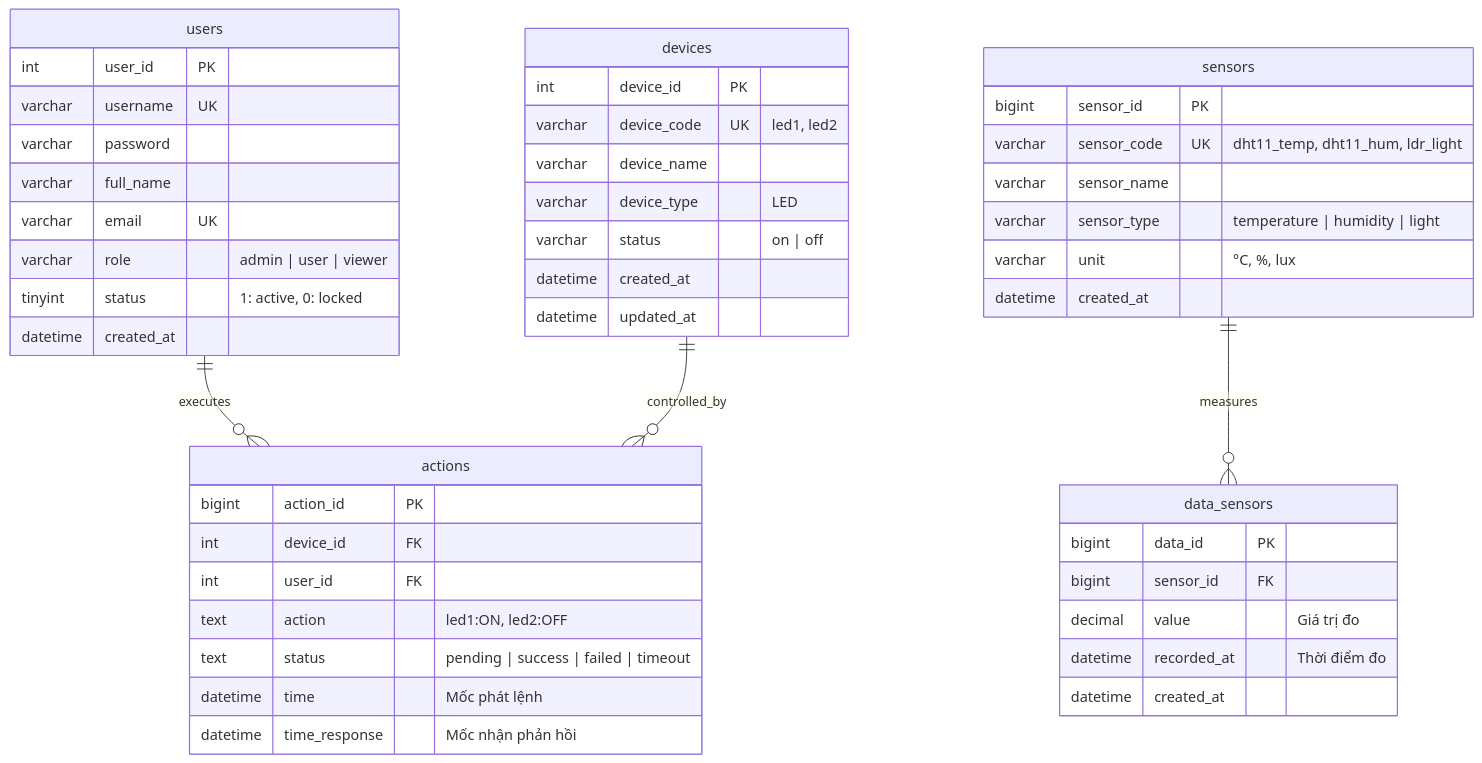
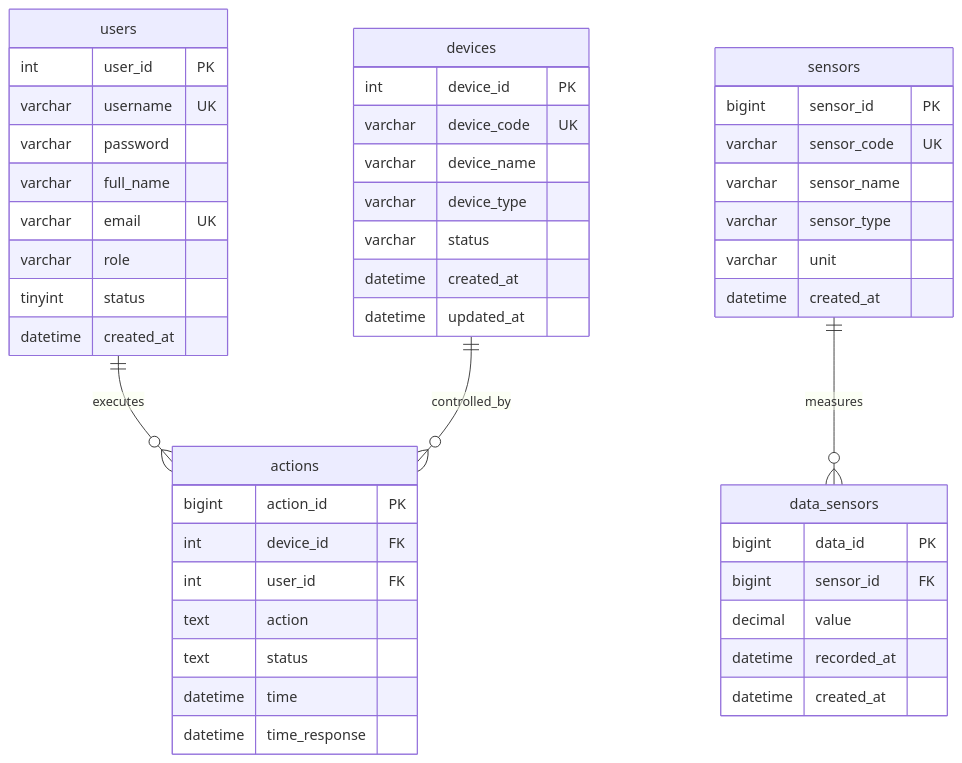
One commit to trieunguyenminhtan-ops/iot_project changed the second of 2 diagrams in README.md. Above: the diagram before and after it, drawn with Mermaid. The commit also changed other lines of this file, not shown here.

Commit message:
fix(docs): Fix Mermaid syntax error and replace KaTeX math blocks with clean Markdown flows

````diff
--- a/README.md
+++ b/README.md
@@ -96,54 +98,54 @@
 ```mermaid
 erDiagram
-    users ||--o{ actions : "executes"
-    devices ||--o{ actions : "controlled_by"
-    sensors ||--o{ data_sensors : "measures"
+    users ||--o{ actions : executes
+    devices ||--o{ actions : controlled_by
+    sensors ||--o{ data_sensors : measures
 
     users {
         int user_id PK
         varchar username UK
         varchar password
         varchar full_name
         varchar email UK
-        varchar role "admin | user | viewer"
-        tinyint status "1: active, 0: locked"
+        varchar role
+        tinyint status
         datetime created_at
     }
 
     devices {
         int device_id PK
-        varchar device_code UK "led1, led2"
+        varchar device_code UK
         varchar device_name
-        varchar device_type "LED"
-        varchar status "on | off"
+        varchar device_type
+        varchar status
         datetime created_at
         datetime updated_at
     }
 
     actions {
         bigint action_id PK
         int device_id FK
         int user_id FK
-        text action "led1:ON, led2:OFF"
-        text status "pending | success | failed | timeout"
-        datetime time "Mốc phát lệnh"
-        datetime time_response "Mốc nhận phản hồi"
+        text action
+        text status
+        datetime time
+        datetime time_response
     }
 
     sensors {
         bigint sensor_id PK
-        varchar sensor_code UK "dht11_temp, dht11_hum, ldr_light"
+        varchar sensor_code UK
         varchar sensor_name
-        varchar sensor_type "temperature | humidity | light"
-        varchar unit "°C, %, lux"
+        varchar sensor_type
+        varchar unit
         datetime created_at
     }
 
     data_sensors {
         bigint data_id PK
         bigint sensor_id FK
-        decimal value "Giá trị đo"
-        datetime recorded_at "Thời điểm đo"
+        decimal value
+        datetime recorded_at
         datetime created_at
     }
 ```
````
